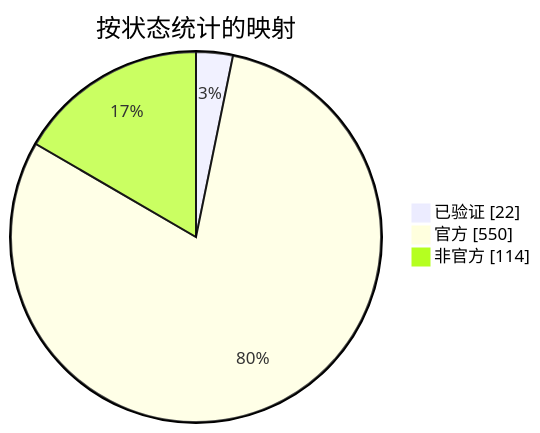
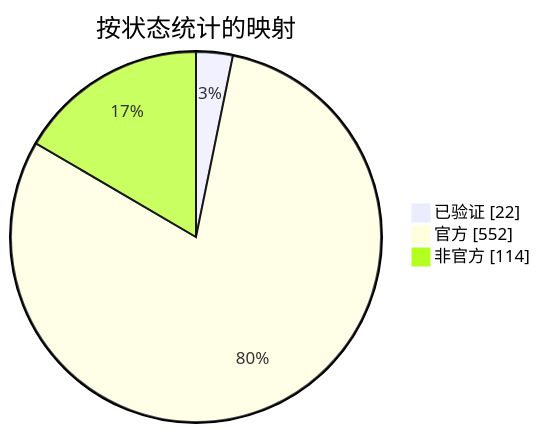
Before and after one commit to nobrega8/mbmap-library: the diagram in docs/readme/README_ZHS.md, drawn with Mermaid. The commit also changed 7 other files, not shown here.

````diff
--- a/docs/readme/README_ZHS.md
+++ b/docs/readme/README_ZHS.md
@@ -54,7 +54,7 @@
 ```mermaid
 pie showData
     title 按状态统计的映射
     "已验证" : 22
-    "官方" : 550
+    "官方" : 552
     "非官方" : 114
 ```
````
